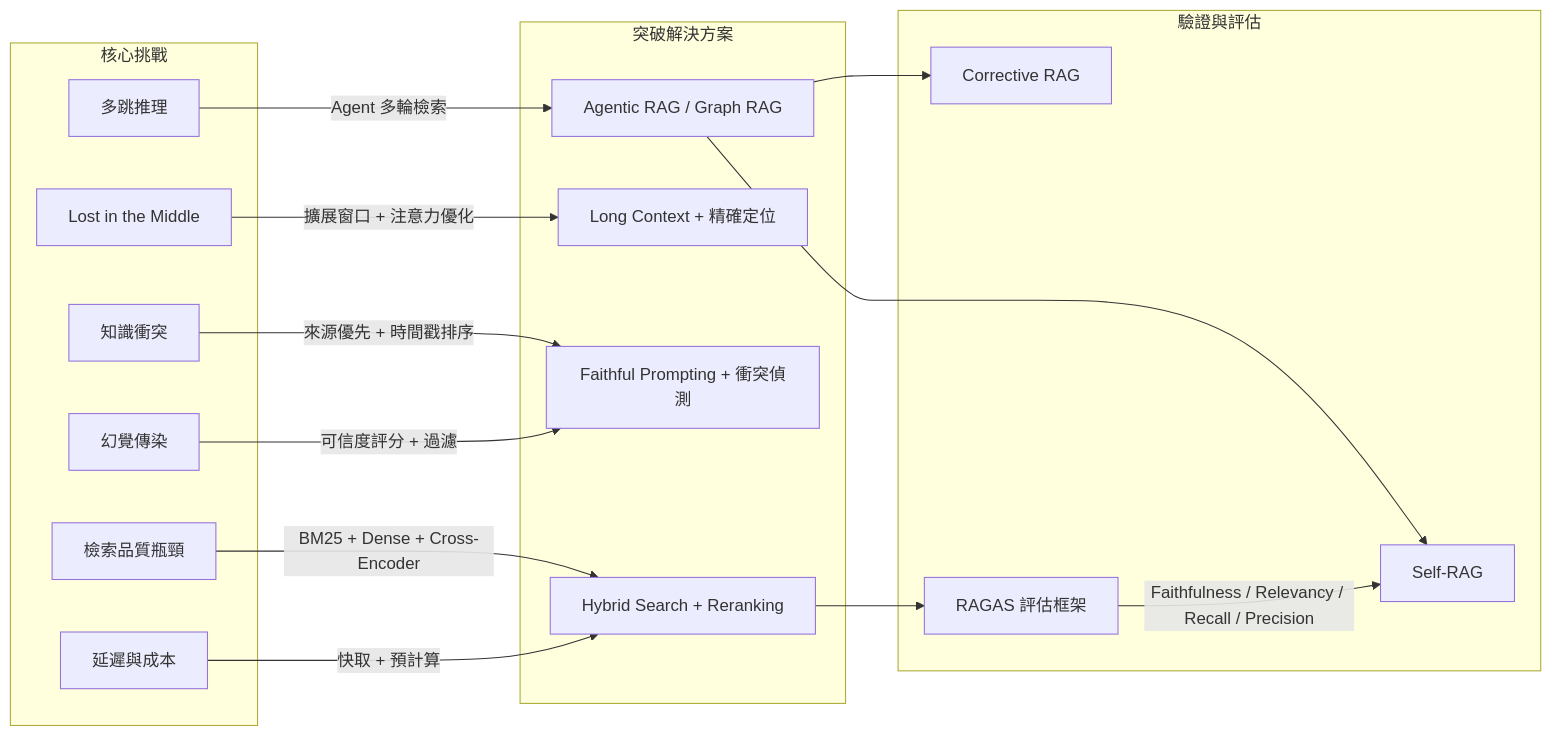
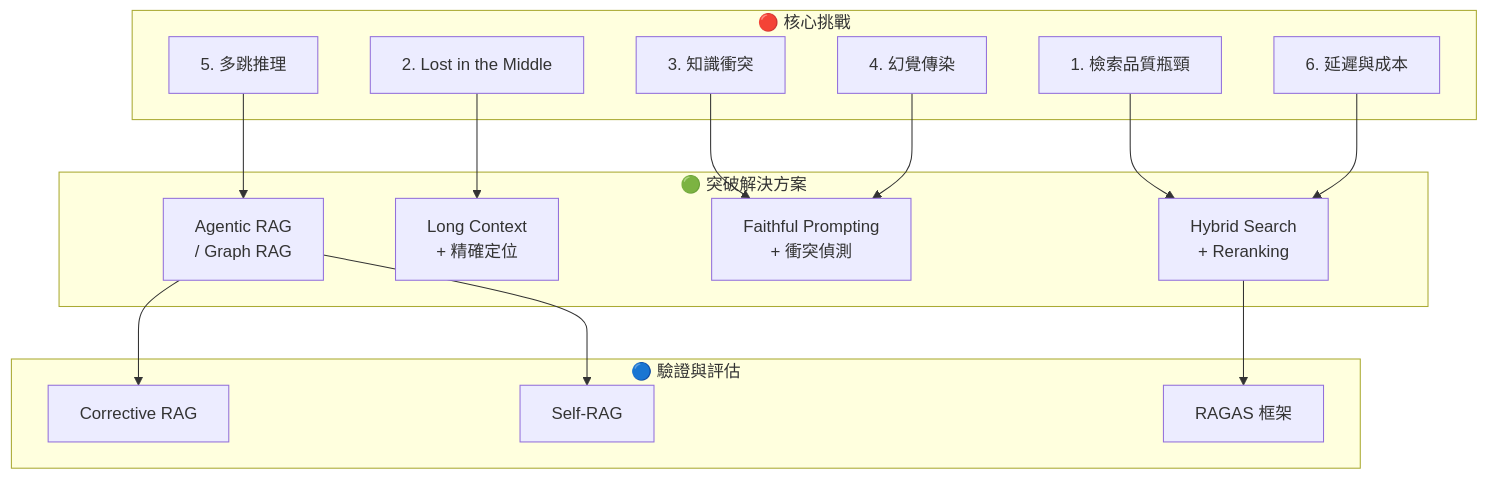
The diagram in _posts/2026/2026-03-25-rag-challenges-and-breakthroughs.md (osisdie/osisdie.github.io), drawn with Mermaid before and after one commit. The commit also changed other lines of this file and 2 other files, not shown here.

Commit message:
fix: improve RAG post layout, font, and mermaid readability (#4)
- Move hero image to top for overview context
- Relocate architecture diagram after challenges section
- Mermaid: switch to vertical layout (TD), full-width, simplified labels
- Add Noto Sans TC font for CJK readability
- Set body font-weight to 400 (Regular) instead of 300 (Light)

````diff
--- a/_posts/2026/2026-03-25-rag-challenges-and-breakthroughs.md
+++ b/_posts/2026/2026-03-25-rag-challenges-and-breakthroughs.md
@@ -21,36 +53,34 @@
-```mermaid
-graph LR
-  subgraph challenges["核心挑戰"]
-    C1["檢索品質瓶頸"]
-    C2["Lost in the Middle"]
-    C3["知識衝突"]
-    C4["幻覺傳染"]
-    C5["多跳推理"]
-    C6["延遲與成本"]
+<pre class="mermaid" style="width: 100%; overflow-x: auto;">
+graph TD
+  subgraph C["🔴 核心挑戰"]
+    C1["1. 檢索品質瓶頸"]
+    C2["2. Lost in the Middle"]
+    C3["3. 知識衝突"]
+    C4["4. 幻覺傳染"]
+    C5["5. 多跳推理"]
+    C6["6. 延遲與成本"]
   end
 
-  subgraph solutions["突破解決方案"]
-    S1["Hybrid Search + Reranking"]
-    S2["Long Context + 精確定位"]
-    S3["Faithful Prompting + 衝突偵測"]
-    S4["Agentic RAG / Graph RAG"]
+  subgraph S["🟢 突破解決方案"]
+    S1["Hybrid Search\n+ Reranking"]
+    S2["Long Context\n+ 精確定位"]
+    S3["Faithful Prompting\n+ 衝突偵測"]
+    S4["Agentic RAG\n/ Graph RAG"]
   end
 
-  C1 -->|"BM25 + Dense + Cross-Encoder"| S1
-  C2 -->|"擴展窗口 + 注意力優化"| S2
-  C3 -->|"來源優先 + 時間戳排序"| S3
-  C4 -->|"可信度評分 + 過濾"| S3
-  C5 -->|"Agent 多輪檢索"| S4
-  C6 -->|"快取 + 預計算"| S1
-
-  subgraph eval["驗證與評估"]
+  subgraph E["🔵 驗證與評估"]
     E1["Corrective RAG"]
     E2["Self-RAG"]
-    E3["RAGAS 評估框架"]
+    E3["RAGAS 框架"]
   end
 
+  C1 --> S1
+  C2 --> S2
+  C3 --> S3
+  C4 --> S3
+  C5 --> S4
+  C6 --> S1
   S1 --> E3
   S4 --> E1
   S4 --> E2
-  E3 -->|"Faithfulness / Relevancy / Recall / Precision"| E2
-```
+</pre>
````
